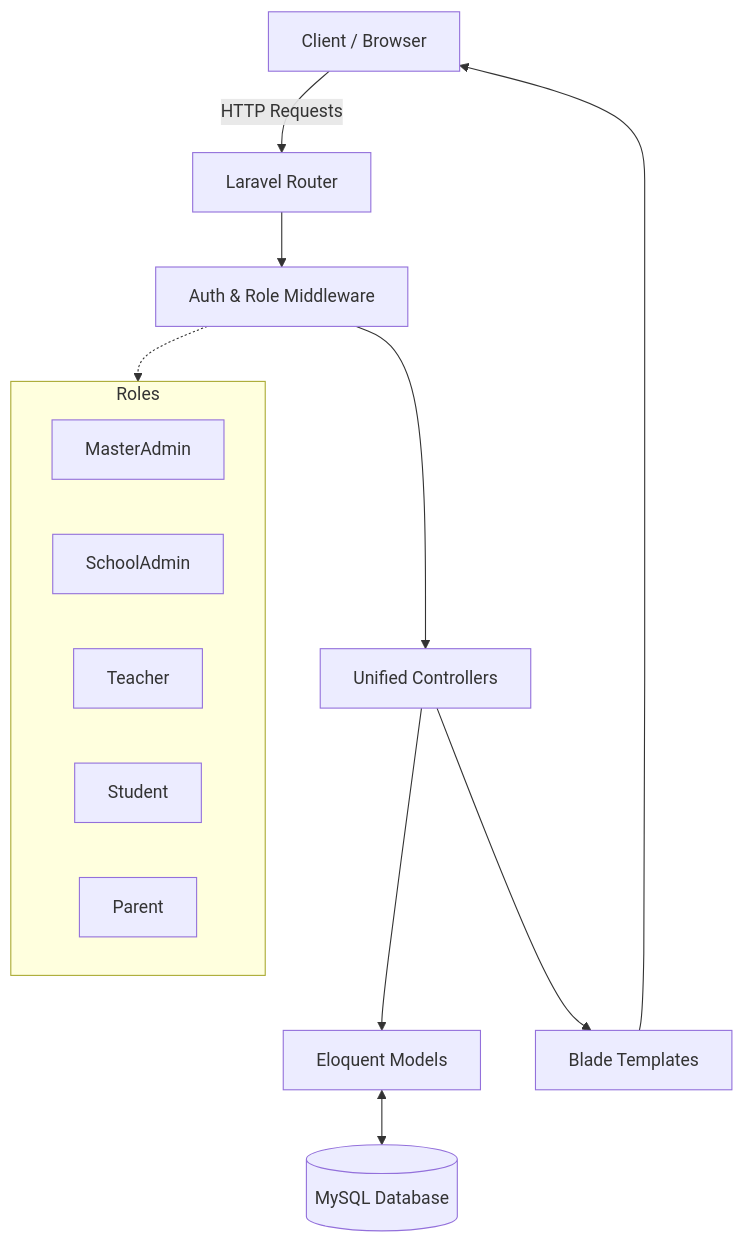
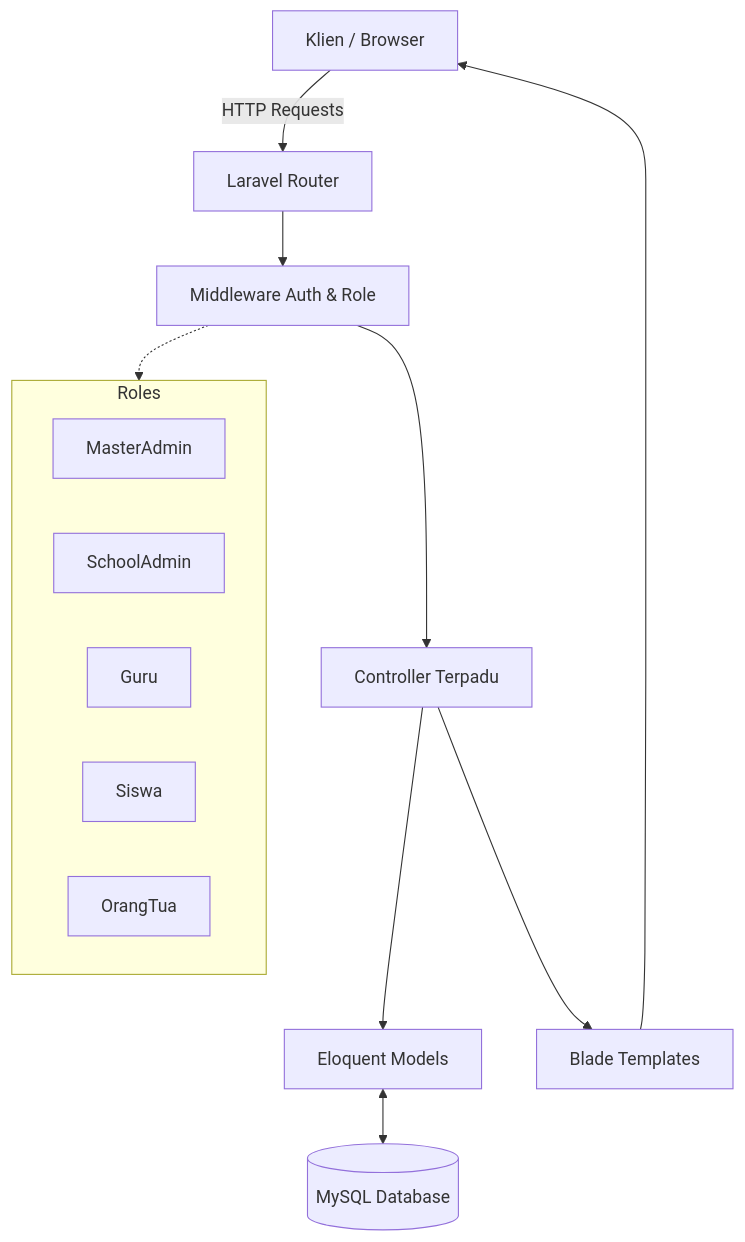
Before and after one commit to sultannafis/G7KAIH: the diagram in README.md, drawn with Mermaid. The commit also changed other lines of this file, not shown here.

````diff
--- a/README.md
+++ b/README.md
@@ -172,20 +191,20 @@
 ```mermaid
 graph TD;
-    Client[Client / Browser] -->|HTTP Requests| Router[Laravel Router];
-    Router --> Middleware[Auth & Role Middleware];
-    Middleware --> Controllers[Unified Controllers];
+    Client[Klien / Browser] -->|HTTP Requests| Router[Laravel Router];
+    Router --> Middleware[Middleware Auth & Role];
+    Middleware --> Controllers[Controller Terpadu];
     Controllers --> Models[Eloquent Models];
     Models <--> Database[(MySQL Database)];
     Controllers --> Views[Blade Templates];
     Views --> Client;
     
     subgraph Roles
         MasterAdmin
         SchoolAdmin
-        Teacher
-        Student
-        Parent
+        Guru
+        Siswa
+        OrangTua
     end
     
     Middleware -.-> Roles;
 ```
````
